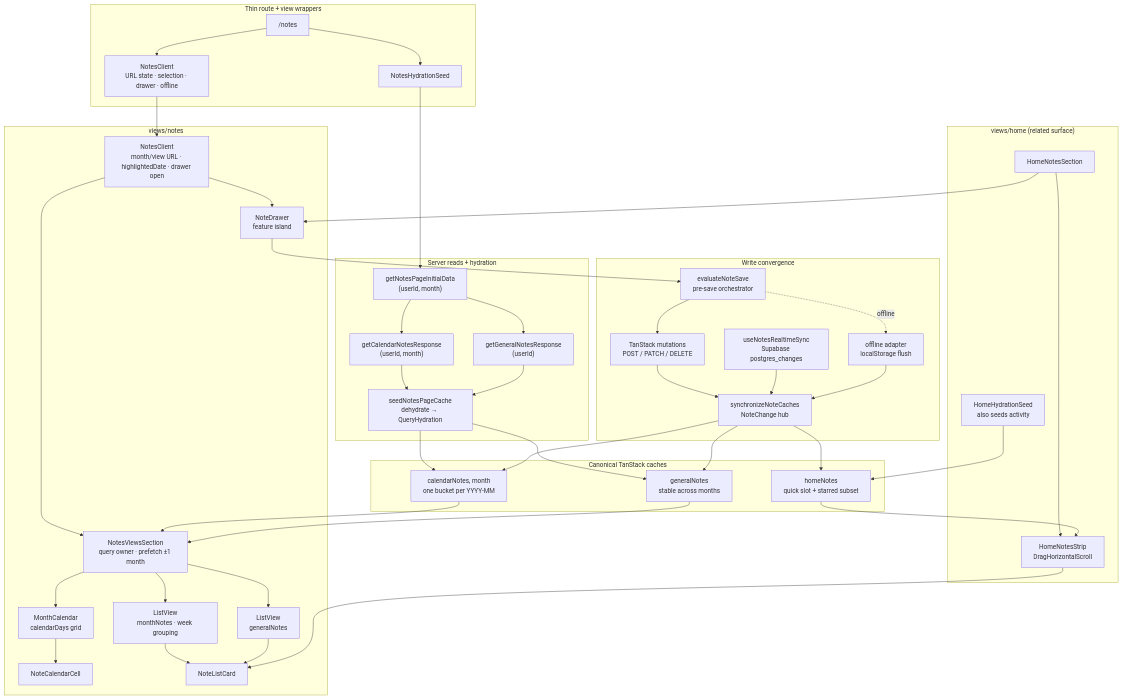
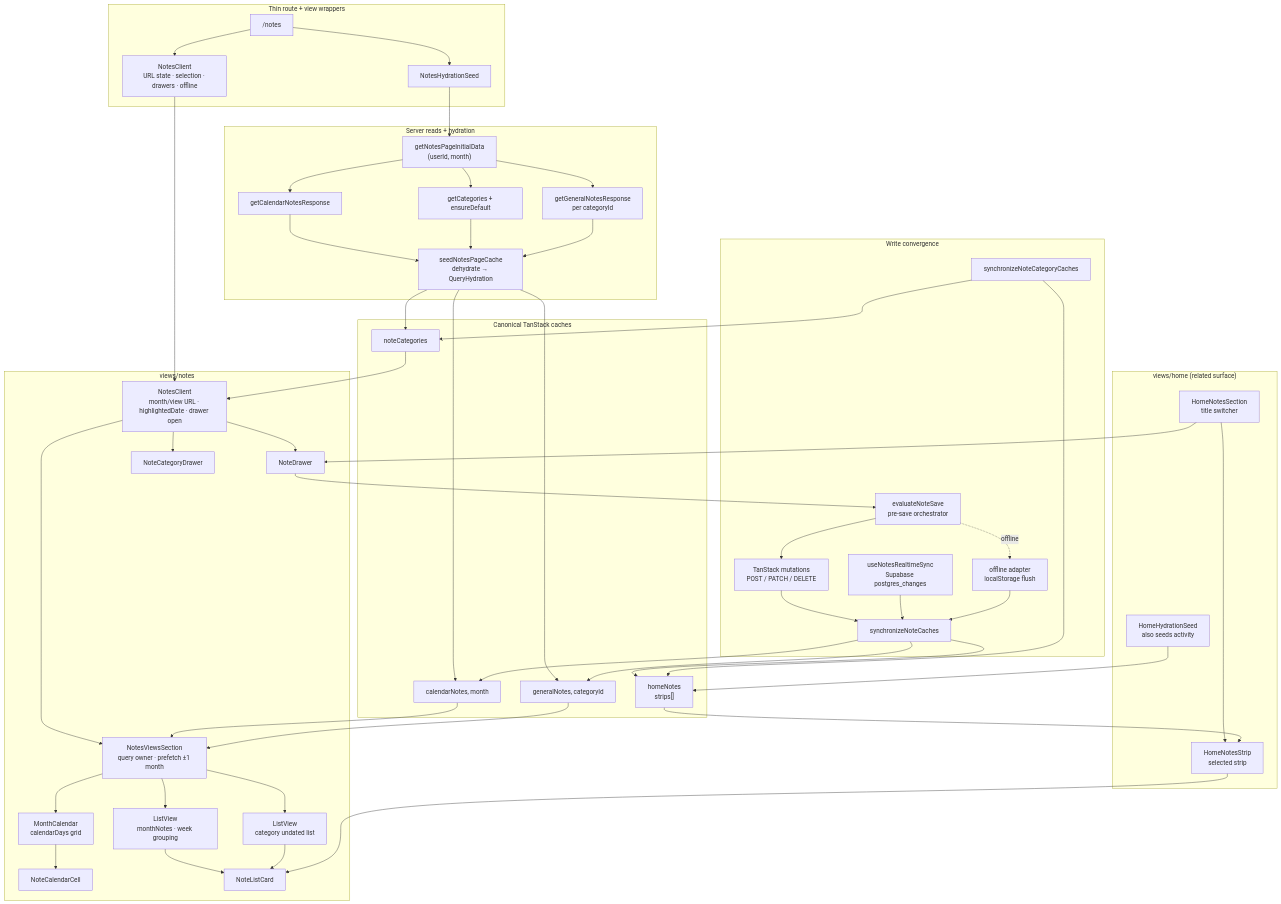
The diagram in views/notes/docs/data-flow.md (SheriffKoder/MindFree-notes-tasks-tracker), drawn with Mermaid before and after one commit. The commit also changed other lines of this file and 23 other files, not shown here.

First line of the commit message:
docs(notes): document nested categories and Home strips

````diff
--- a/views/notes/docs/data-flow.md
+++ b/views/notes/docs/data-flow.md
@@ -17,20 +17,22 @@
   subgraph ROUTES["Thin route + view wrappers"]
     NotesRoute["/notes"]
     NotesSeed["NotesHydrationSeed"]
-    NotesClient["NotesClient<br/>URL state · selection · drawer · offline"]
+    NotesClient["NotesClient<br/>URL state · selection · drawers · offline"]
   end
 
   subgraph SERVER["Server reads + hydration"]
     Initial["getNotesPageInitialData<br/>(userId, month)"]
-    CalendarRead["getCalendarNotesResponse<br/>(userId, month)"]
-    GeneralRead["getGeneralNotesResponse<br/>(userId)"]
+    CalendarRead["getCalendarNotesResponse"]
+    CategoriesRead["getCategories + ensureDefault"]
+    GeneralRead["getGeneralNotesResponse<br/>per categoryId"]
     Seed["seedNotesPageCache<br/>dehydrate → QueryHydration"]
   end
 
   subgraph CACHE["Canonical TanStack caches"]
-    CalendarCache["calendarNotes, month<br/>one bucket per YYYY-MM"]
-    GeneralCache["generalNotes<br/>stable across months"]
-    HomeCache["homeNotes<br/>quick slot + starred subset"]
+    CalendarCache["calendarNotes, month"]
+    GeneralCache["generalNotes, categoryId"]
+    CategoriesCache["noteCategories"]
+    HomeCache["homeNotes<br/>strips[]"]
   end
 
   subgraph PAGE["views/notes"]
@@ -38,22 +40,24 @@
     Views["NotesViewsSection<br/>query owner · prefetch ±1 month"]
     Calendar["MonthCalendar<br/>calendarDays grid"]
     MonthList["ListView<br/>monthNotes · week grouping"]
-    GeneralList["ListView<br/>generalNotes"]
+    GeneralList["ListView<br/>category undated list"]
     CalendarCell["NoteCalendarCell"]
     ListCard["NoteListCard"]
-    NoteDrawer["NoteDrawer<br/>feature island"]
+    NoteDrawer["NoteDrawer"]
+    CategoryDrawer["NoteCategoryDrawer"]
   end
 
   subgraph HOME["views/home (related surface)"]
     HomeSeed["HomeHydrationSeed<br/>also seeds activity"]
-    HomeSection["HomeNotesSection"]
-    HomeStrip["HomeNotesStrip<br/>DragHorizontalScroll"]
+    HomeSection["HomeNotesSection<br/>title switcher"]
+    HomeStrip["HomeNotesStrip<br/>selected strip"]
   end
 
   subgraph WRITES["Write convergence"]
     Orchestrator["evaluateNoteSave<br/>pre-save orchestrator"]
     Mutations["TanStack mutations<br/>POST / PATCH / DELETE"]
-    Hub["synchronizeNoteCaches<br/>NoteChange hub"]
+    Hub["synchronizeNoteCaches"]
+    CategoryHub["synchronizeNoteCategoryCaches"]
     Realtime["useNotesRealtimeSync<br/>Supabase postgres_changes"]
     Offline["offline adapter<br/>localStorage flush"]
   end
@@ -62,17 +66,22 @@
   NotesRoute --> NotesClient
   NotesSeed --> Initial
   Initial --> CalendarRead
+  Initial --> CategoriesRead
   Initial --> GeneralRead
   CalendarRead --> Seed
+  CategoriesRead --> Seed
   GeneralRead --> Seed
   Seed --> CalendarCache
   Seed --> GeneralCache
+  Seed --> CategoriesCache
 
   NotesClient --> PageClient
   PageClient --> Views
   PageClient --> NoteDrawer
+  PageClient --> CategoryDrawer
   CalendarCache --> Views
   GeneralCache --> Views
+  CategoriesCache --> PageClient
   Views --> Calendar
   Views --> MonthList
   Views --> GeneralList
@@ -95,4 +104,6 @@
   Hub --> CalendarCache
   Hub --> GeneralCache
   Hub --> HomeCache
+  CategoryHub --> CategoriesCache
+  CategoryHub --> HomeCache
 ```
````
